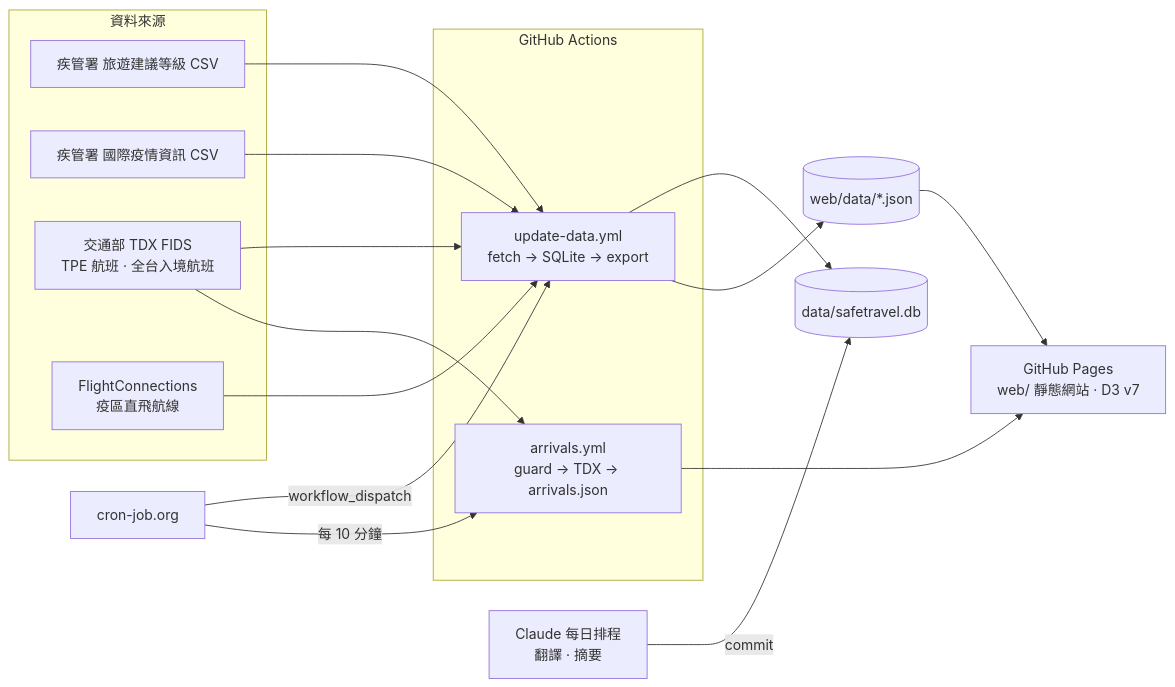
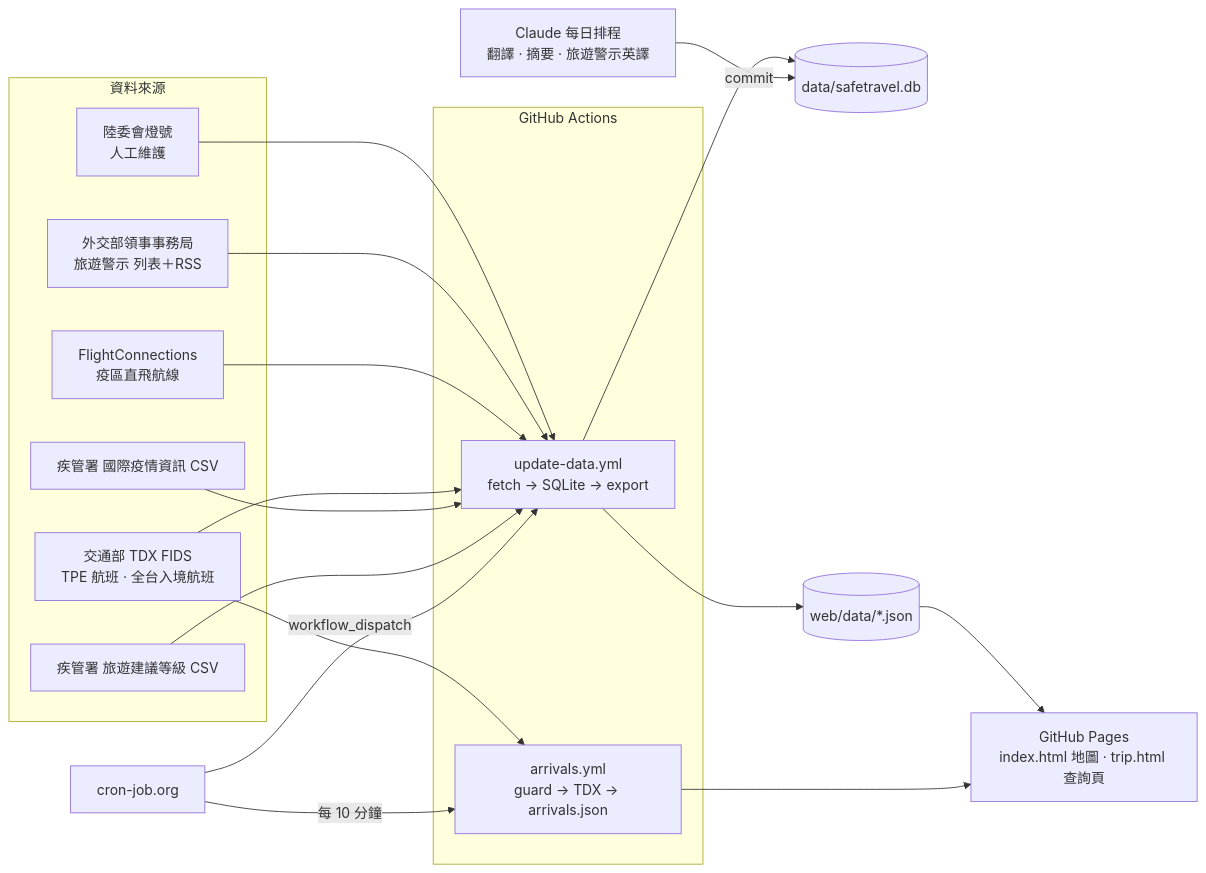
Before and after one commit to ancientsky/safetravel: the diagram in README.md, drawn with Mermaid. The commit also changed other lines of this file and 2 other files, not shown here.

First line of the commit message:
README: travel warnings, trip page, translation and d3 subset

````diff
--- a/README.md
+++ b/README.md
@@ -93,25 +96,29 @@
 ```mermaid
 flowchart LR
   subgraph Sources[資料來源]
     A[疾管署 旅遊建議等級 CSV]
     B[疾管署 國際疫情資訊 CSV]
     T[交通部 TDX FIDS<br/>TPE 航班 · 全台入境航班]
     M[FlightConnections<br/>疫區直飛航線]
+    W[外交部領事事務局<br/>旅遊警示 列表＋RSS]
+    MC[陸委會燈號<br/>人工維護]
   end
   CJ[cron-job.org] -->|workflow_dispatch| U
   CJ -->|每 10 分鐘| R
   subgraph Actions[GitHub Actions]
     U[update-data.yml<br/>fetch → SQLite → export] 
     R[arrivals.yml<br/>guard → TDX → arrivals.json]
   end
-  CL[Claude 每日排程<br/>翻譯 · 摘要] -->|commit| DB[(data/safetravel.db)]
+  CL[Claude 每日排程<br/>翻譯 · 摘要 · 旅遊警示英譯] -->|commit| DB[(data/safetravel.db)]
   A --> U
   B --> U
   T --> U
   T --> R
   M --> U
+  W --> U
+  MC --> U
   U --> DB
   U --> J[(web/data/*.json)]
   R --> P
-  J --> P[GitHub Pages<br/>web/ 靜態網站 · D3 v7]
+  J --> P[GitHub Pages<br/>index.html 地圖 · trip.html 查詢頁]
 ```
````
